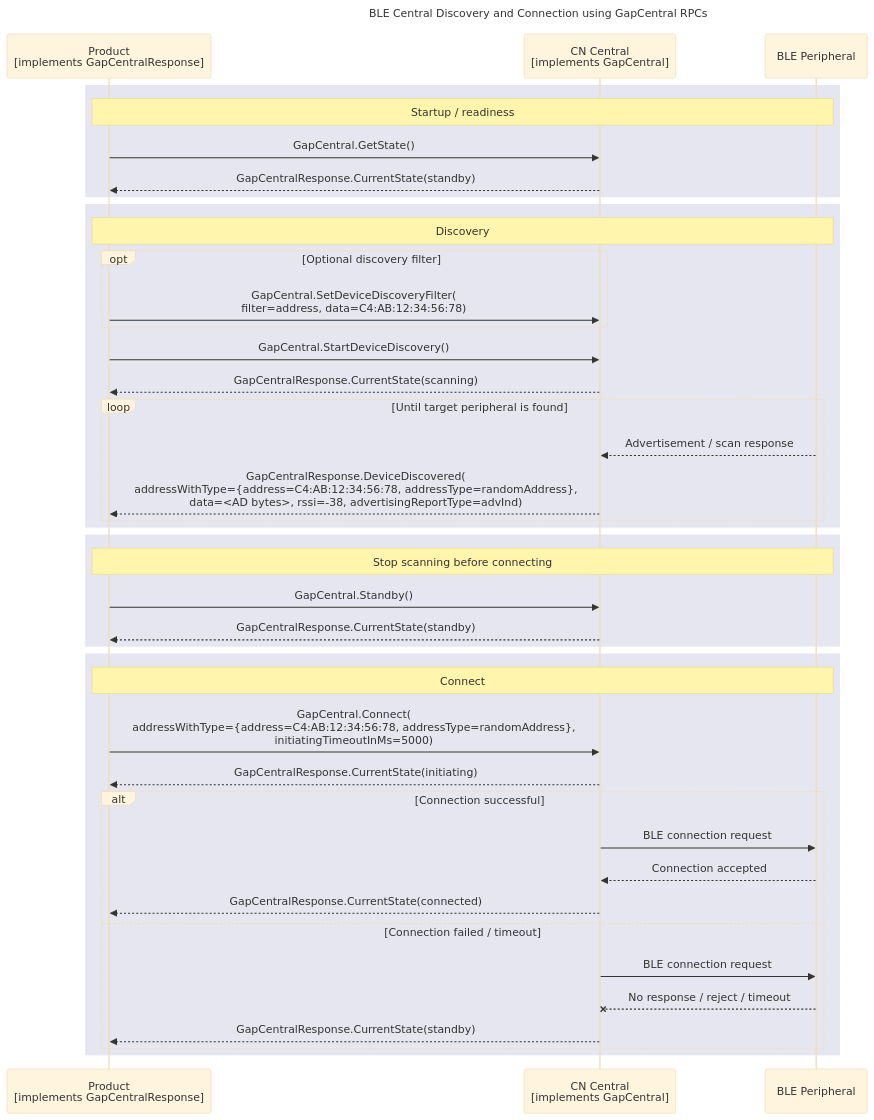
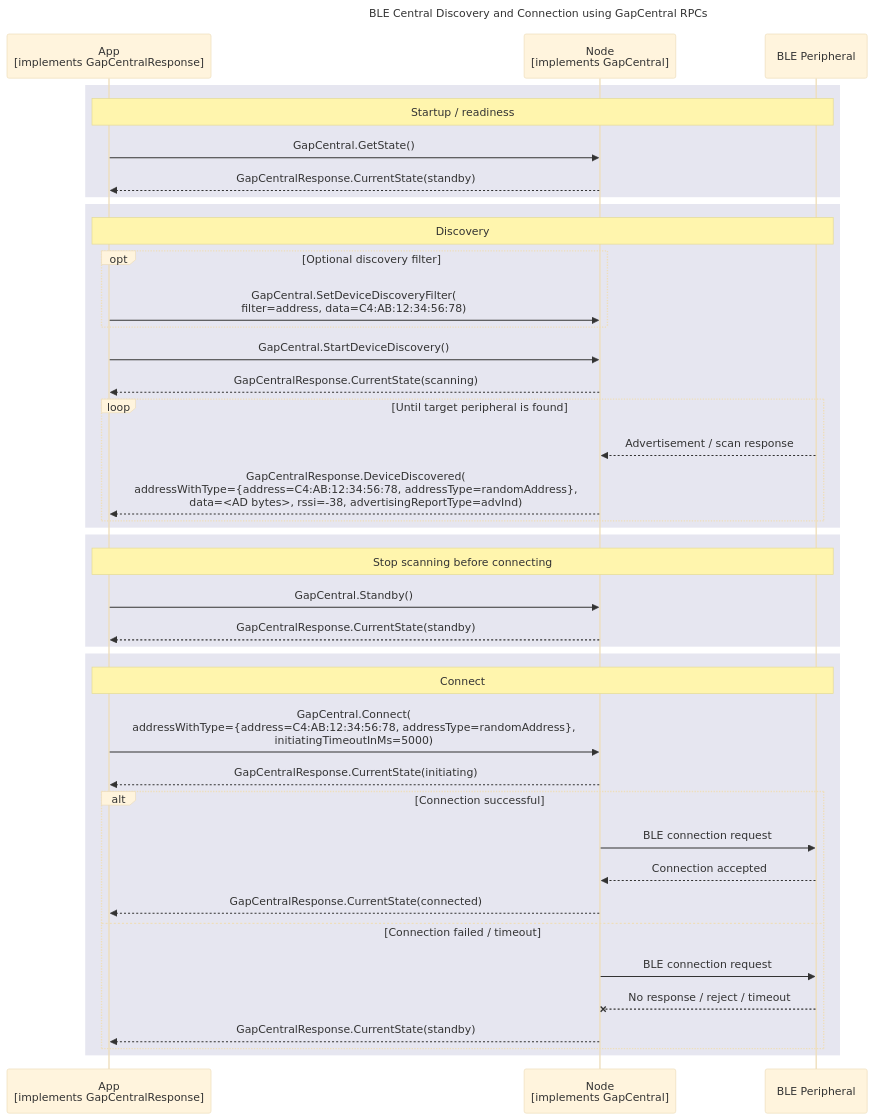
One commit to philips-software/amp-embedded-infra-lib changed the diagram in documents/modules/ROOT/partials/echoservices/gap_central/GapCentral_DiscoveryAndConnection_sequence.mmd. Above: the diagram before and after it, drawn with Mermaid (base theme). The commit also changed 36 other files, not shown here.

```diff
--- a/documents/modules/ROOT/partials/echoservices/gap_central/GapCentral_DiscoveryAndConnection_sequence.mmd
+++ b/documents/modules/ROOT/partials/echoservices/gap_central/GapCentral_DiscoveryAndConnection_sequence.mmd
@@ -1,48 +1,48 @@
 sequenceDiagram
     title BLE Central Discovery and Connection using GapCentral RPCs
 
-    participant Product as Product<br>[implements GapCentralResponse]
-    participant CN as CN Central<br>[implements GapCentral]
+    participant App as App<br>[implements GapCentralResponse]
+    participant Node as Node<br>[implements GapCentral]
     participant Peripheral as BLE Peripheral
 
     rect rgb(230, 230, 240)
-        note over Product, Peripheral: Startup / readiness
-        Product->>CN: GapCentral.GetState()
-        CN-->>Product: GapCentralResponse.CurrentState(standby)
+        note over App, Peripheral: Startup / readiness
+        App->>Node: GapCentral.GetState()
+        Node-->>App: GapCentralResponse.CurrentState(standby)
     end
 
     rect rgb(230, 230, 240)
-        note over Product, Peripheral: Discovery
+        note over App, Peripheral: Discovery
         opt Optional discovery filter
-            Product->>CN: GapCentral.SetDeviceDiscoveryFilter(<br>filter=address, data=C4:AB:12:34:56:78)
+            App->>Node: GapCentral.SetDeviceDiscoveryFilter(<br>filter=address, data=C4:AB:12:34:56:78)
         end
-        Product->>CN: GapCentral.StartDeviceDiscovery()
-        CN-->>Product: GapCentralResponse.CurrentState(scanning)
+        App->>Node: GapCentral.StartDeviceDiscovery()
+        Node-->>App: GapCentralResponse.CurrentState(scanning)
 
         loop Until target peripheral is found
-            Peripheral-->>CN: Advertisement / scan response
-            CN-->>Product: GapCentralResponse.DeviceDiscovered(<br>addressWithType={address=C4:AB:12:34:56:78, addressType=randomAddress},<br>data=<AD bytes>, rssi=-38, advertisingReportType=advInd)
+            Peripheral-->>Node: Advertisement / scan response
+            Node-->>App: GapCentralResponse.DeviceDiscovered(<br>addressWithType={address=C4:AB:12:34:56:78, addressType=randomAddress},<br>data=<AD bytes>, rssi=-38, advertisingReportType=advInd)
         end
     end
 
     rect rgb(230, 230, 240)
-        note over Product, Peripheral: Stop scanning before connecting
-        Product->>CN: GapCentral.Standby()
-        CN-->>Product: GapCentralResponse.CurrentState(standby)
+        note over App, Peripheral: Stop scanning before connecting
+        App->>Node: GapCentral.Standby()
+        Node-->>App: GapCentralResponse.CurrentState(standby)
     end
 
     rect rgb(230, 230, 240)
-        note over Product, Peripheral: Connect
-        Product->>CN: GapCentral.Connect(<br>addressWithType={address=C4:AB:12:34:56:78, addressType=randomAddress},<br>initiatingTimeoutInMs=5000)
-        CN-->>Product: GapCentralResponse.CurrentState(initiating)
+        note over App, Peripheral: Connect
+        App->>Node: GapCentral.Connect(<br>addressWithType={address=C4:AB:12:34:56:78, addressType=randomAddress},<br>initiatingTimeoutInMs=5000)
+        Node-->>App: GapCentralResponse.CurrentState(initiating)
 
         alt Connection successful
-            CN->>Peripheral: BLE connection request
-            Peripheral-->>CN: Connection accepted
-            CN-->>Product: GapCentralResponse.CurrentState(connected)
+            Node->>Peripheral: BLE connection request
+            Peripheral-->>Node: Connection accepted
+            Node-->>App: GapCentralResponse.CurrentState(connected)
         else Connection failed / timeout
-            CN->>Peripheral: BLE connection request
-            Peripheral--xCN: No response / reject / timeout
-            CN-->>Product: GapCentralResponse.CurrentState(standby)
+            Node->>Peripheral: BLE connection request
+            Peripheral--xNode: No response / reject / timeout
+            Node-->>App: GapCentralResponse.CurrentState(standby)
         end
     end
```
